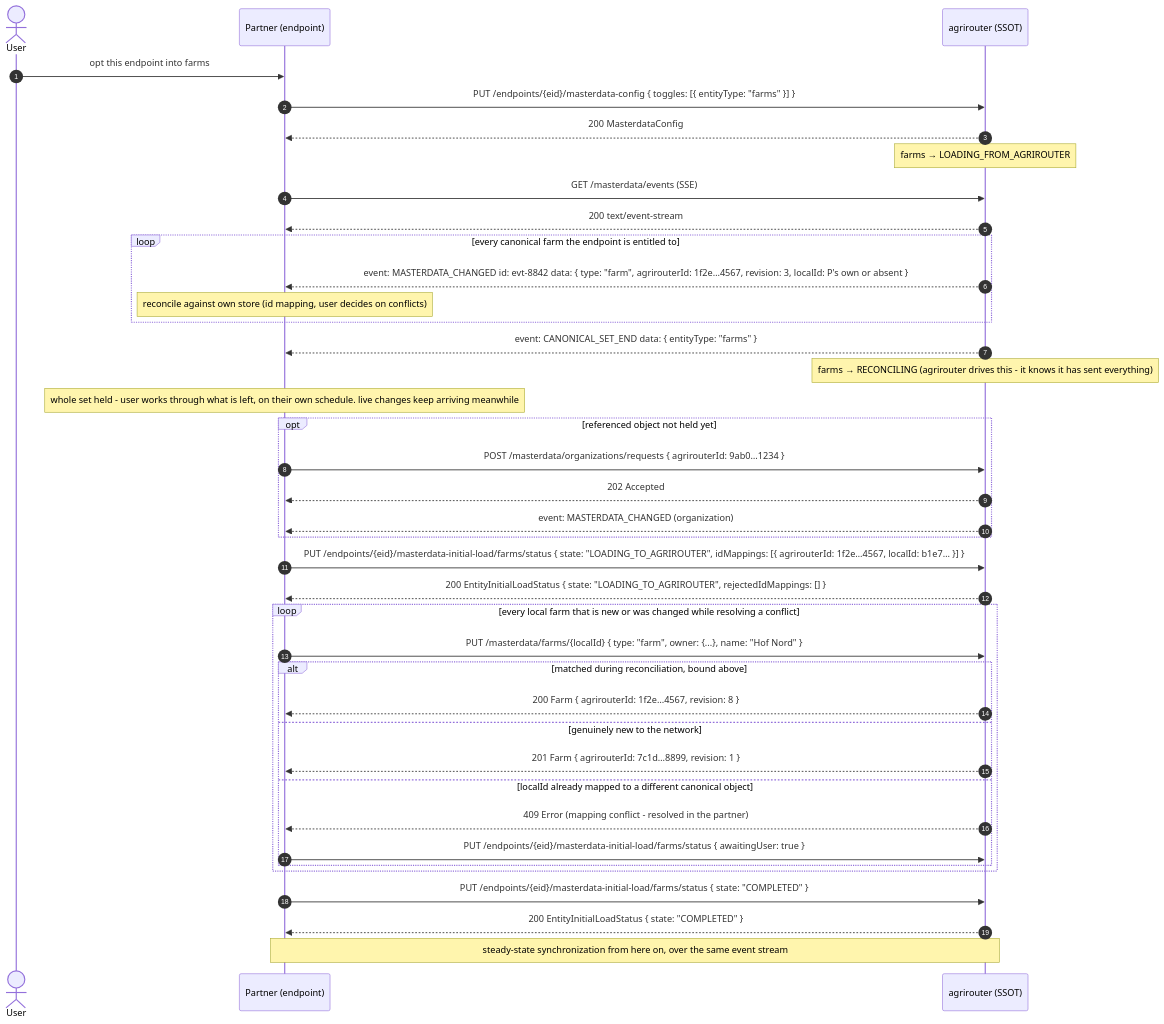
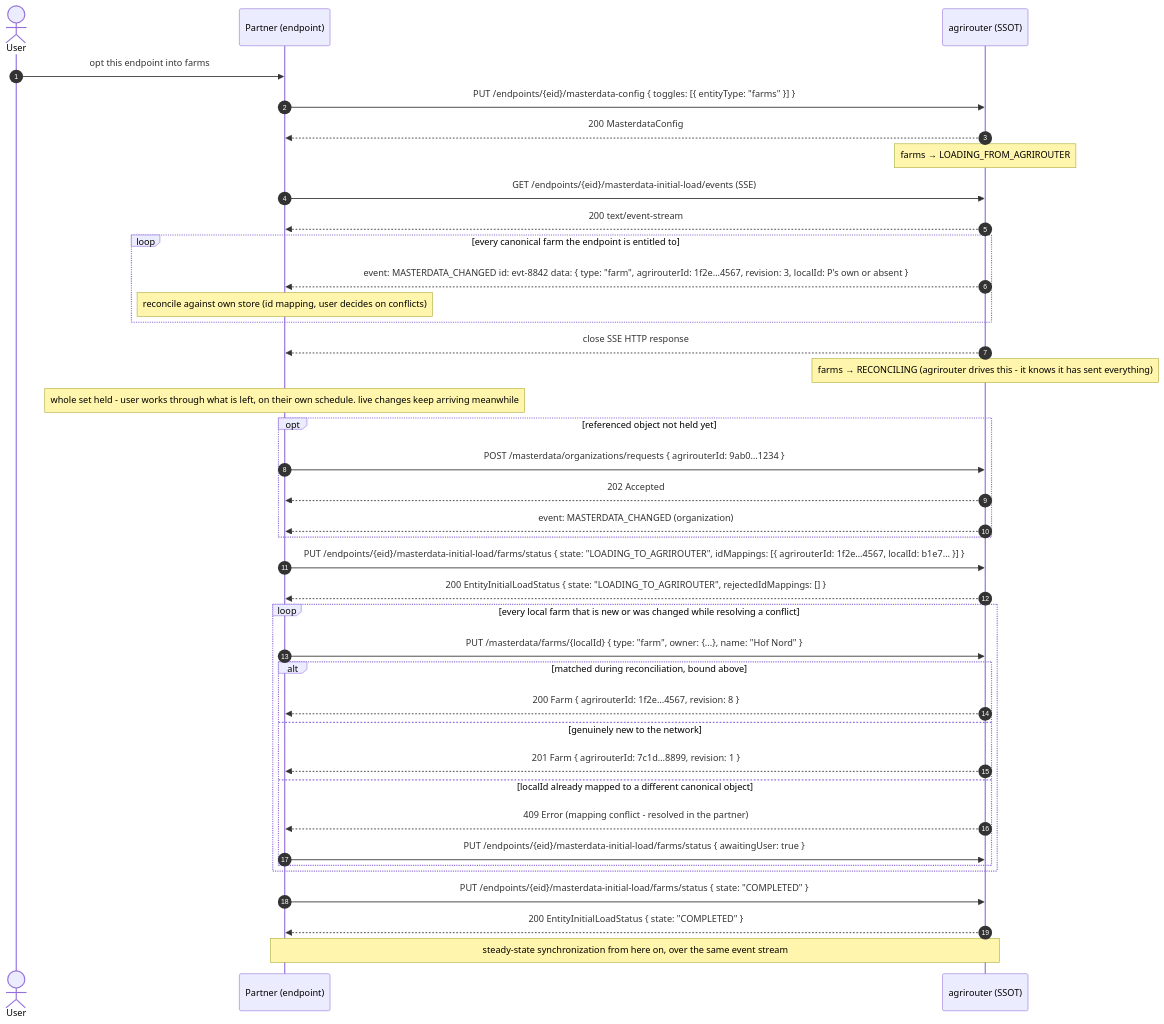
The second of 3 diagrams in architecture/06-initial-load.md (DKE-Data/masterdata-sync-working-group), drawn with Mermaid before and after one commit. The commit also changed other lines of this file and 1 other file, not shown here.

First line of the commit message:
decoupling sync stream from initial load

````diff
--- a/architecture/06-initial-load.md
+++ b/architecture/06-initial-load.md
@@ -114,47 +92,47 @@
 ```mermaid
 %% ceasg:{"id":"8xpvwi5e"} %%
 sequenceDiagram
     autonumber
     actor U as User
     participant P as Partner (endpoint)
     participant AR as agrirouter (SSOT)
 
     U->>P: opt this endpoint into farms
     P->>AR: PUT /endpoints/{eid}/masterdata-config { toggles: [{ entityType: "farms" }] }
     AR-->>P: 200 MasterdataConfig
     Note over AR: farms → LOADING_FROM_AGRIROUTER
 
-    P->>AR: GET /masterdata/events (SSE)
+    P->>AR: GET /endpoints/{eid}/masterdata-initial-load/events (SSE)
     AR-->>P: 200 text/event-stream
     loop every canonical farm the endpoint is entitled to
         AR-->>P: event: MASTERDATA_CHANGED id: evt-8842 data: { type: "farm", agrirouterId: 1f2e…4567, revision: 3, localId: P's own or absent }
         Note over P: reconcile against own store (id mapping, user decides on conflicts)
     end
-    AR-->>P: event: CANONICAL_SET_END data: { entityType: "farms" }
+    AR-->>P: close SSE HTTP response
     Note over AR: farms → RECONCILING (agrirouter drives this - it knows it has sent everything)
     Note over P: whole set held - user works through what is left, on their own schedule. live changes keep arriving meanwhile
     opt referenced object not held yet
         P->>AR: POST /masterdata/organizations/requests { agrirouterId: 9ab0…1234 }
         AR-->>P: 202 Accepted
         AR-->>P: event: MASTERDATA_CHANGED (organization)
     end
 
     P->>AR: PUT /endpoints/{eid}/masterdata-initial-load/farms/status { state: "LOADING_TO_AGRIROUTER", idMappings: [{ agrirouterId: 1f2e…4567, localId: b1e7… }] }
     AR-->>P: 200 EntityInitialLoadStatus { state: "LOADING_TO_AGRIROUTER", rejectedIdMappings: [] }
 
     loop every local farm that is new or was changed while resolving a conflict
         P->>AR: PUT /masterdata/farms/{localId} { type: "farm", owner: {...}, name: "Hof Nord" }
         alt matched during reconciliation, bound above
             AR-->>P: 200 Farm { agrirouterId: 1f2e…4567, revision: 8 }
         else genuinely new to the network
             AR-->>P: 201 Farm { agrirouterId: 7c1d…8899, revision: 1 }
         else localId already mapped to a different canonical object
             AR-->>P: 409 Error (mapping conflict - resolved in the partner)
             P->>AR: PUT /endpoints/{eid}/masterdata-initial-load/farms/status { awaitingUser: true }
         end
     end
 
     P->>AR: PUT /endpoints/{eid}/masterdata-initial-load/farms/status { state: "COMPLETED" }
     AR-->>P: 200 EntityInitialLoadStatus { state: "COMPLETED" }
     Note over P,AR: steady-state synchronization from here on, over the same event stream
 ```
````
